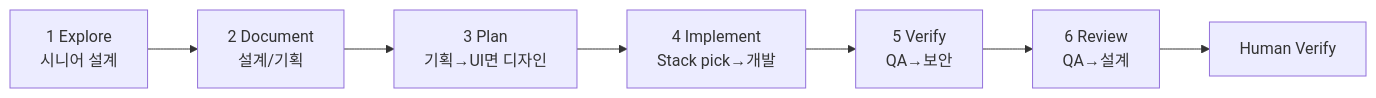
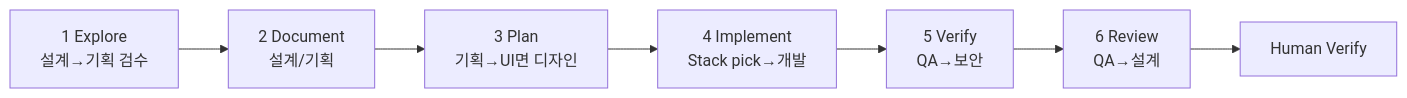
Before and after one commit to hojin0921/default_ai: the second of 6 diagrams in guide.md, drawn with Mermaid. The commit also changed other lines of this file and 34 other files, not shown here.

````diff
--- a/guide.md
+++ b/guide.md
@@ -63,11 +67,11 @@
 ```mermaid
 flowchart LR
-  E["1 Explore\n시니어 설계"]
+  E["1 Explore\n설계→기획 검수"]
   D["2 Document\n설계/기획"]
   P["3 Plan\n기획→UI면 디자인"]
   I["4 Implement\nStack pick→개발"]
   V["5 Verify\nQA→보안"]
   R["6 Review\nQA→설계"]
   H[Human Verify]
   E --> D --> P --> I --> V --> R --> H
 ```
````
